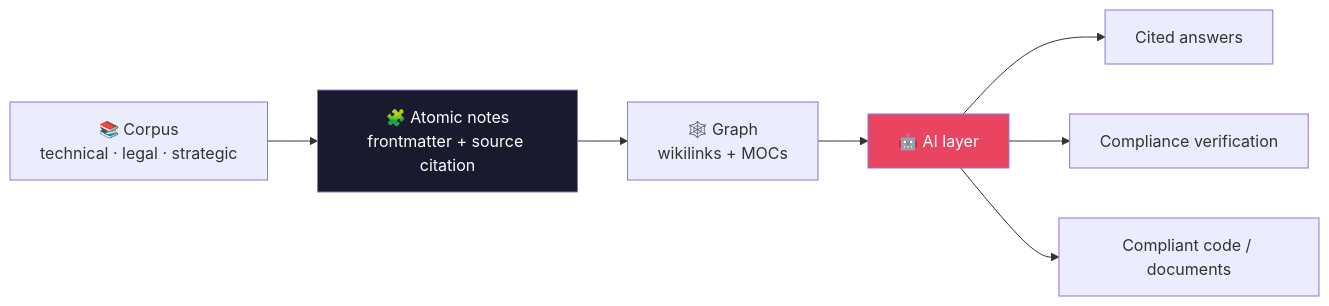
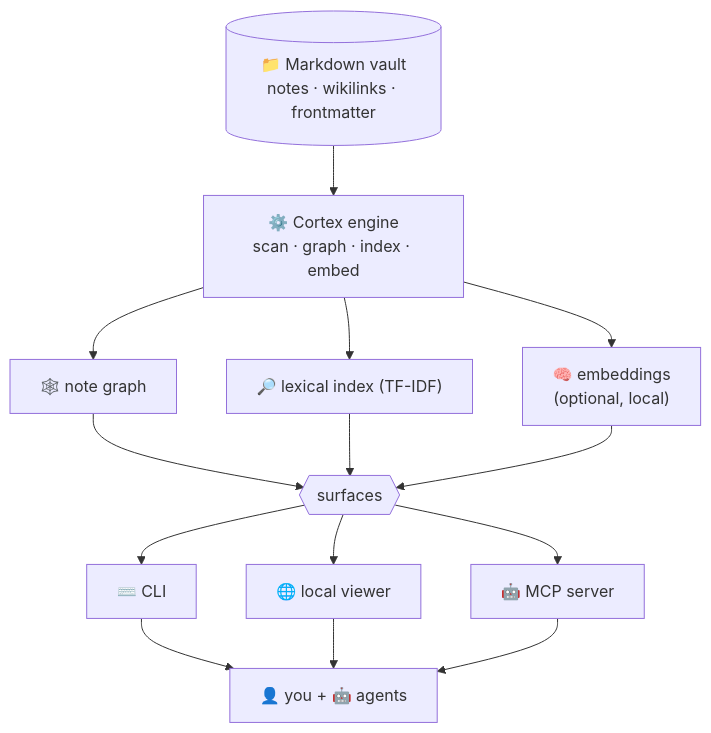
Before and after one commit to n1x-technologies/n1x-cortex: the second of 2 diagrams in README.md, drawn with Mermaid. The commit also changed other lines of this file and 1 other file, not shown here.

First line of the commit message:
docs: professional README — hero, badges, mermaid diagrams, agent/MCP-first, vision

````diff
--- a/README.md
+++ b/README.md
@@ -101,11 +89,16 @@
 ```mermaid
-flowchart LR
-    SRC["📚 Corpus<br/>technical · legal · strategic"] --> ATOM["🧩 Atomic notes<br/>frontmatter + source citation"]
-    ATOM --> GRAPH["🕸️ Graph<br/>wikilinks + MOCs"]
-    GRAPH --> AI["🤖 AI layer"]
-    AI --> Q["Cited answers"]
-    AI --> V["Compliance verification"]
-    AI --> G["Compliant code / documents"]
-    style ATOM fill:#1A1A2E,color:#fff
-    style AI fill:#E94560,color:#fff
+flowchart TB
+  V[("📁 Markdown vault<br/>notes · wikilinks · frontmatter")] --> ENG["⚙️ Cortex engine<br/>scan · graph · index · embed"]
+  ENG --> G["🕸️ note graph"]
+  ENG --> I["🔎 lexical index (TF-IDF)"]
+  ENG --> EM["🧠 embeddings<br/>(optional, local)"]
+  G --> S{{surfaces}}
+  I --> S
+  EM --> S
+  S --> CLI["⌨️ CLI"]
+  S --> VIZ["🌐 local viewer"]
+  S --> MCP["🤖 MCP server"]
+  CLI --> U["👤 you + 🤖 agents"]
+  VIZ --> U
+  MCP --> U
 ```
````
